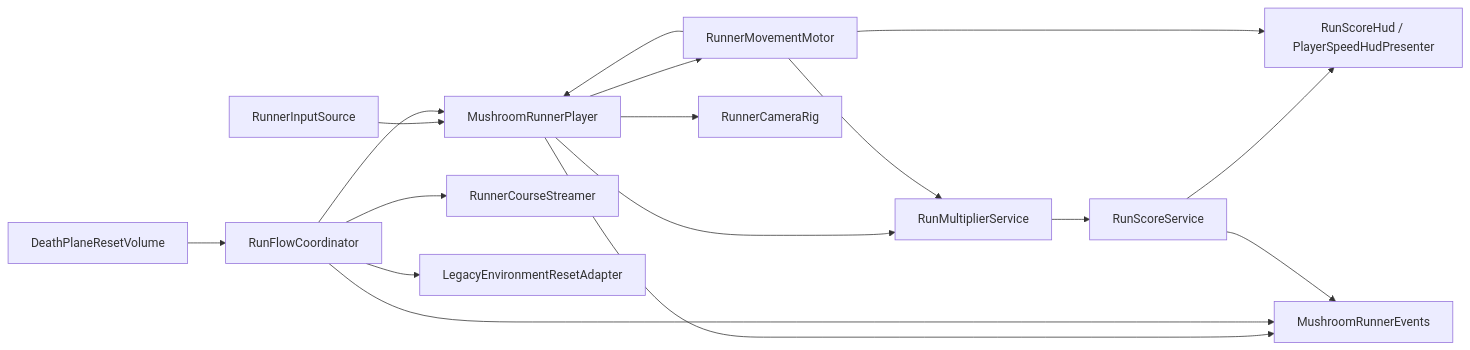
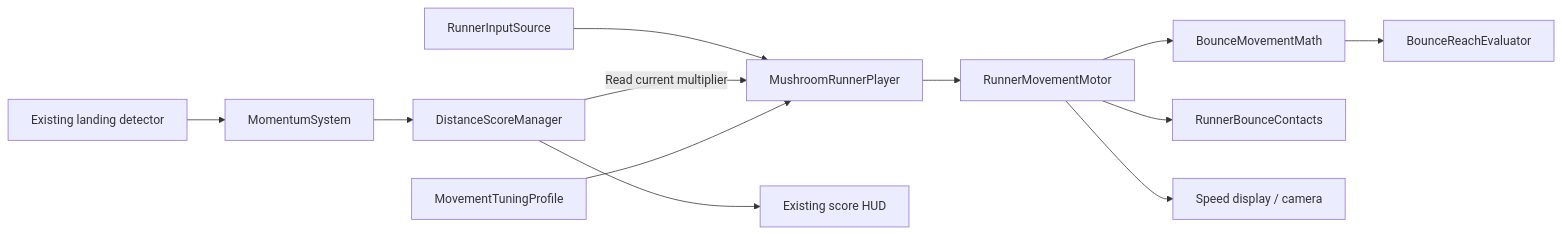
Before and after one commit to YousefTahaFrexicknexus/FunGuy: the diagram in Docs/MushroomRunner-Overview.md, drawn with Mermaid. The commit also changed other lines of this file and 50 other files, not shown here.

````diff
--- a/Docs/MushroomRunner-Overview.md
+++ b/Docs/MushroomRunner-Overview.md
@@ -19,32 +5,14 @@
 ```mermaid
 flowchart LR
-    Input[RunnerInputSource]
-    Player[MushroomRunnerPlayer]
-    Motor[RunnerMovementMotor]
-    Camera[RunnerCameraRig]
-    Multiplier[RunMultiplierService]
-    Score[RunScoreService]
-    World[RunnerCourseStreamer]
-    Flow[RunFlowCoordinator]
-    Death[DeathPlaneResetVolume]
-    HUD[RunScoreHud / PlayerSpeedHudPresenter]
-    Legacy[LegacyEnvironmentResetAdapter]
-    Events[MushroomRunnerEvents]
-
-    Input --> Player
-    Player --> Motor
-    Motor --> Player
-    Player --> Multiplier
-    Motor --> Multiplier
-    Multiplier --> Score
-    Flow --> Player
-    Flow --> World
-    Flow --> Legacy
-    Death --> Flow
-    Player --> Camera
-    Score --> HUD
-    Motor --> HUD
-    Player --> Events
-    Flow --> Events
-    Score --> Events
+    Input[RunnerInputSource] --> Player[MushroomRunnerPlayer]
+    Player --> Motor[RunnerMovementMotor]
+    Motor --> Math[BounceMovementMath]
+    Motor --> Contacts[RunnerBounceContacts]
+    Landing[Existing landing detector] --> Momentum[MomentumSystem]
+    Momentum --> Score[DistanceScoreManager]
+    Score -->|Read current multiplier| Player
+    Profile[MovementTuningProfile] --> Player
+    Score --> HUD[Existing score HUD]
+    Motor --> Speed[Speed display / camera]
+    Math --> Reach[BounceReachEvaluator]
 ```
````
